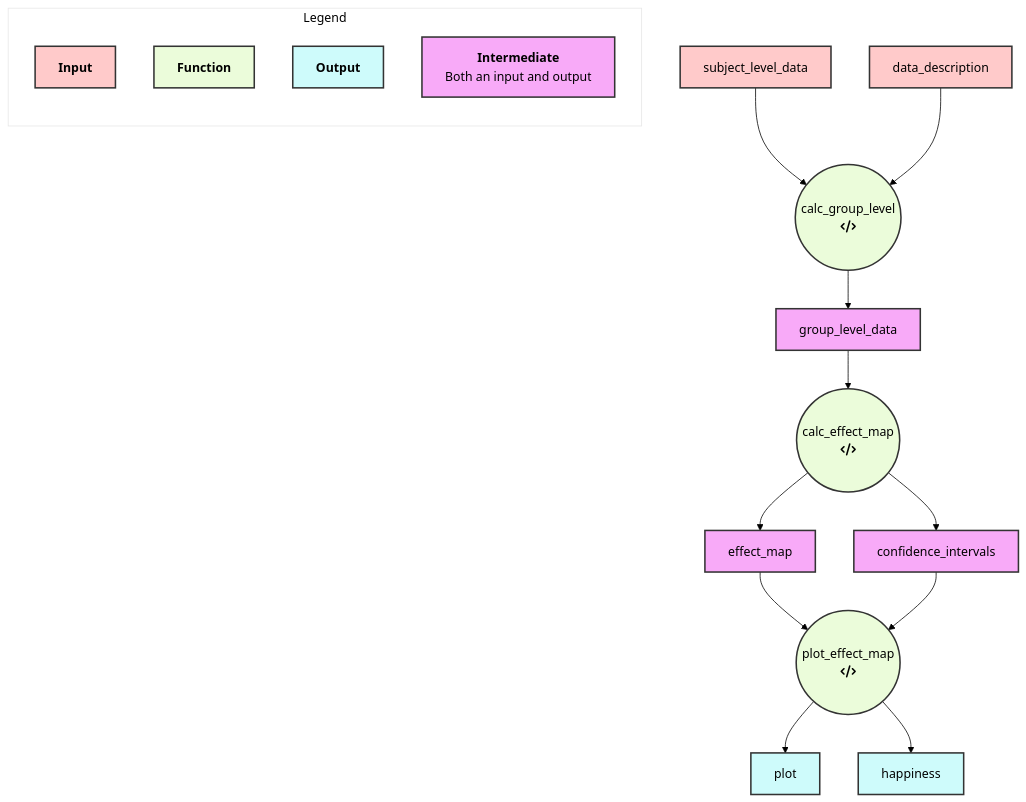
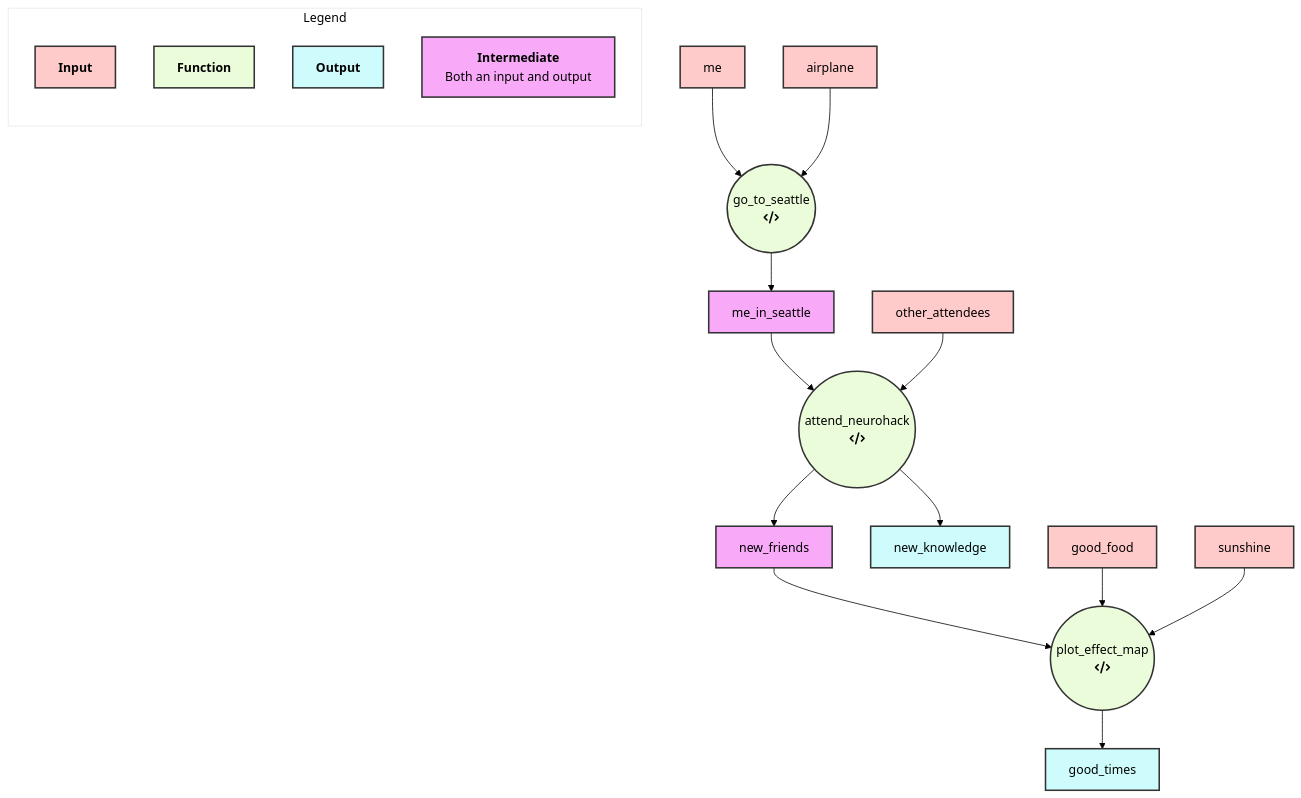
The diagram in flowchart.mmd (halleeshearer/scripts2viz), drawn with Mermaid before and after one commit. The commit also changed 2 other files, not shown here.

Commit message:
Update README.md, flowchart.md, and/or flowchart.mmd with new Mermaid diagram

```diff
--- a/flowchart.mmd
+++ b/flowchart.mmd
@@ -1,53 +1,58 @@
  %%{init: {'theme':'base', 'themeVariables': {
   'primaryColor': '#ffcaca',
   'primaryTextColor': '#000',
   'primaryBorderColor': '#000000',
   'lineColor': '#000000',
   'tertiaryColor': '#fff'
 }}}%%
 graph TD
 classDef lightRed fill:#ffcaca,stroke:#333,stroke-width:2px;
 classDef lightGreen fill:#ebfcda,stroke:#333,stroke-width:2px;
 classDef lightBlue fill:#cefbfb,stroke:#333,stroke-width:2px;
 classDef lightPurple fill:#f8aaf8,stroke:#333,stroke-width:2px;
 
 subgraph Legend
     direction TB
     key1[<b>Input]:::lightRed
     key2[<b>Function]:::lightGreen
     key3[<b>Output]:::lightBlue
     key4[<b>Intermediate</b><br> Both an input and output]:::lightPurple
 end
-calc_group_level(("calc_group_level")):::lightGreen
-calc_group_level(("calc_group_level
+go_to_seattle(("go_to_seattle")):::lightGreen
+go_to_seattle(("go_to_seattle
  fa:fa-code"))
-subject_level_data:::lightRed
-subject_level_data --> calc_group_level
-data_description:::lightRed
-data_description --> calc_group_level
-group_level_data:::lightBlue
-calc_group_level --> group_level_data
-calc_effect_map(("calc_effect_map")):::lightGreen
-calc_effect_map(("calc_effect_map
+me:::lightRed
+me --> go_to_seattle
+airplane:::lightRed
+airplane --> go_to_seattle
+me_in_seattle:::lightBlue
+go_to_seattle --> me_in_seattle
+attend_neurohack(("attend_neurohack")):::lightGreen
+attend_neurohack(("attend_neurohack
  fa:fa-code"))
-group_level_data --> calc_effect_map
-effect_map:::lightBlue
-calc_effect_map --> effect_map
-confidence_intervals:::lightBlue
-calc_effect_map --> confidence_intervals
+me_in_seattle --> attend_neurohack
+other_attendees:::lightRed
+other_attendees --> attend_neurohack
+new_friends:::lightBlue
+attend_neurohack --> new_friends
+new_knowledge:::lightBlue
+attend_neurohack --> new_knowledge
 plot_effect_map(("plot_effect_map")):::lightGreen
 plot_effect_map(("plot_effect_map
  fa:fa-code"))
-effect_map --> plot_effect_map
-confidence_intervals --> plot_effect_map
-plot:::lightBlue
-plot_effect_map --> plot
-happiness:::lightBlue
-plot_effect_map --> happiness
-subject_level_data:::lightRed
-data_description:::lightRed
-group_level_data:::lightPurple
-effect_map:::lightPurple
-confidence_intervals:::lightPurple
-plot:::lightBlue
-happiness:::lightBlue
+new_friends --> plot_effect_map
+good_food:::lightRed
+good_food --> plot_effect_map
+sunshine:::lightRed
+sunshine --> plot_effect_map
+good_times:::lightBlue
+plot_effect_map --> good_times
+me:::lightRed
+airplane:::lightRed
+me_in_seattle:::lightPurple
+other_attendees:::lightRed
+new_friends:::lightPurple
+new_knowledge:::lightBlue
+good_food:::lightRed
+sunshine:::lightRed
+good_times:::lightBlue
```
